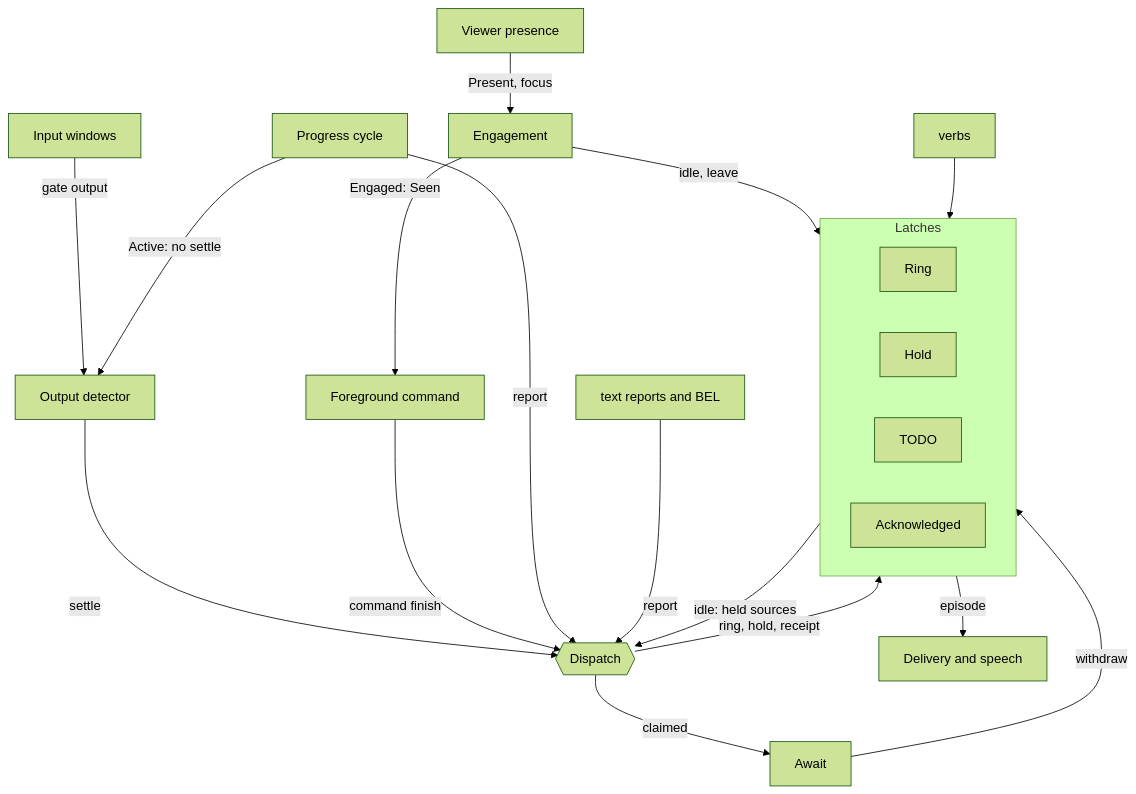
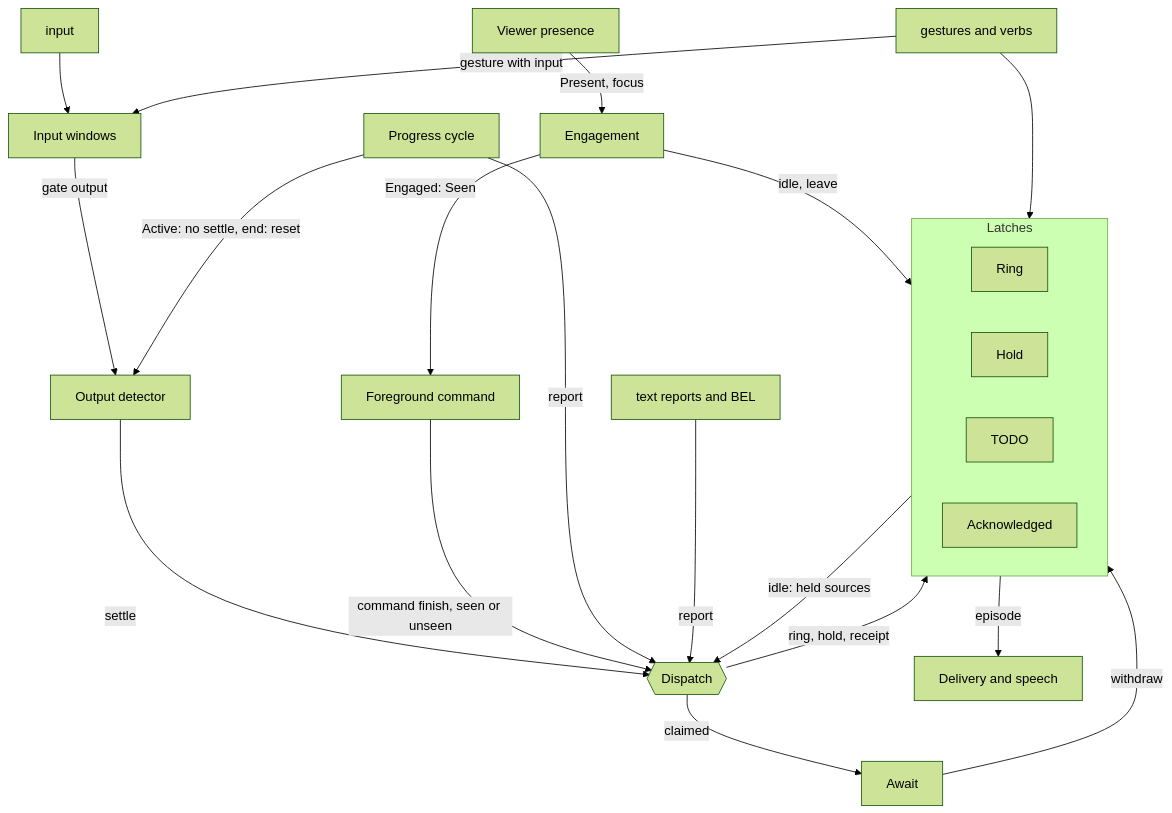
One commit to diffplug/dormouse changed the first of 16 diagrams in docs/specs/alert.md. Above: the diagram before and after it, drawn with Mermaid (forest theme). The commit also changed other lines of this file and 2 other files, not shown here.

````diff
--- a/docs/specs/alert.md
+++ b/docs/specs/alert.md
@@ -89,24 +89,26 @@
 ```mermaid
 flowchart TD
   P["Viewer presence"] -- "Present, focus" --> EN["Engagement"]
   WIN["Input windows"] -- "gate output" --> DET["Output detector"]
-  PR["Progress cycle"] -- "Active: no settle" --> DET
+  IN["input"] --> WIN
+  PR["Progress cycle"] -- "Active: no settle, end: reset" --> DET
   DET -- "settle" --> DIS{{"Dispatch"}}
-  CMD["Foreground command"] -- "command finish" --> DIS
+  CMD["Foreground command"] -- "command finish, seen or unseen" --> DIS
   PR -- "report" --> DIS
   REP["text reports and BEL"] -- "report" --> DIS
   DIS -- "claimed" --> AW["Await"]
   DIS -- "ring, hold, receipt" --> L
   AW -- "withdraw" --> L
   EN -- "idle, leave" --> L
   EN -- "Engaged: Seen" --> CMD
   L -- "idle: held sources" --> DIS
-  VB["verbs"] --> L
+  VB["gestures and verbs"] --> L
+  VB -- "gesture with input" --> WIN
   subgraph L["Latches"]
     RING["Ring"]
     HOLD["Hold"]
     TODO["TODO"]
     ACK["Acknowledged"]
   end
   L -- "episode" --> DEL["Delivery and speech"]
 ```
````
